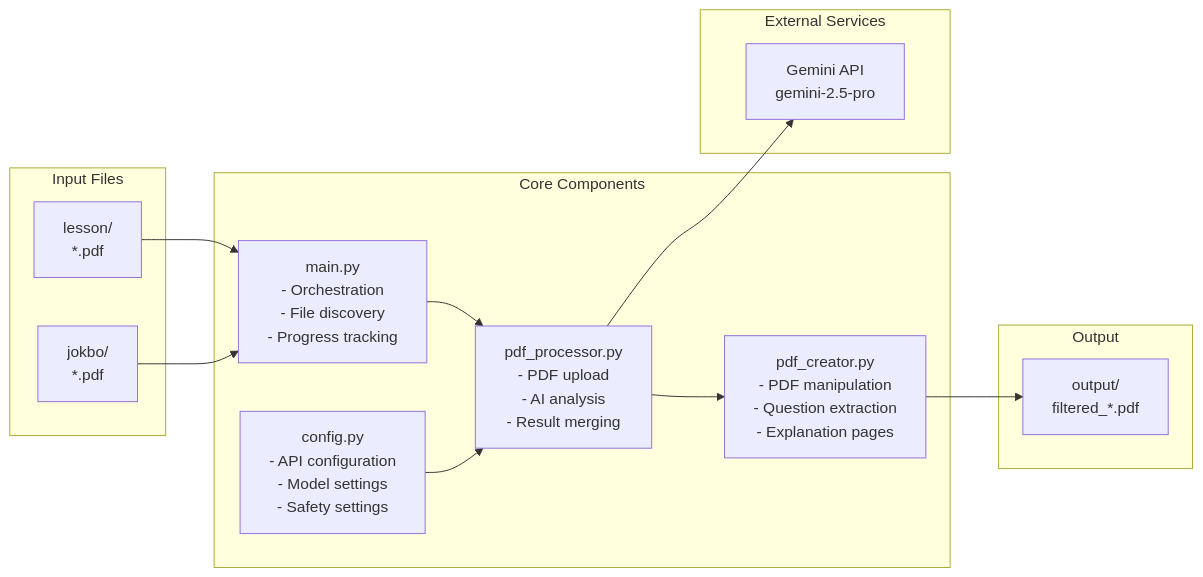
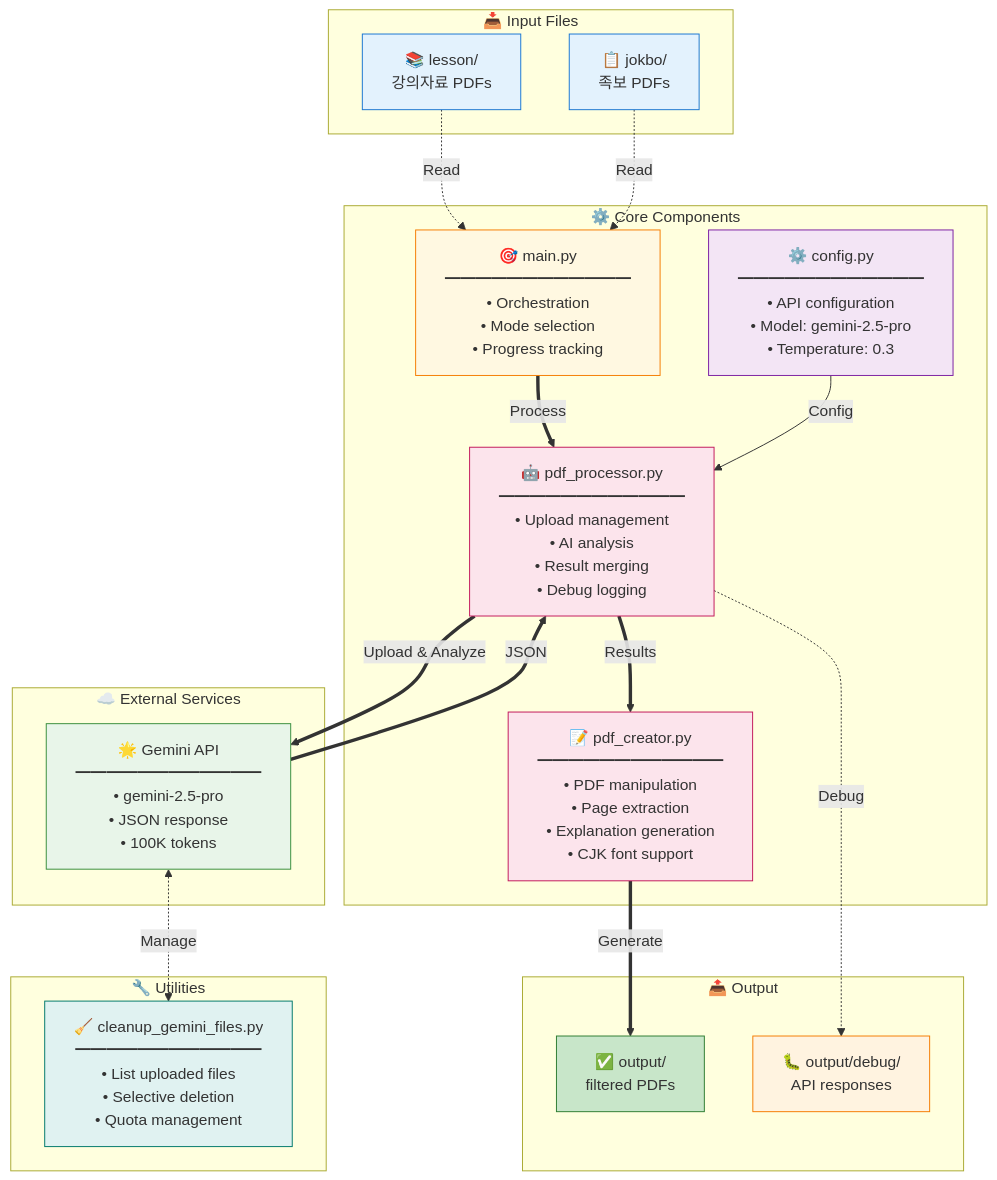
The third of 4 diagrams in architecture.md (ksw6895/jokbodude), drawn with Mermaid before and after one commit. The commit also changed other lines of this file and 7 other files, not shown here.

````diff
--- a/architecture.md
+++ b/architecture.md
@@ -65,30 +112,49 @@
 ```mermaid
-graph LR
-    subgraph Input Files
-        A1[lesson/\n*.pdf]
-        A2[jokbo/\n*.pdf]
+graph TB
+    subgraph "📥 Input Files"
+        A1["📚 lesson/<br/>강의자료 PDFs"]
+        A2["📋 jokbo/<br/>족보 PDFs"]
     end
     
-    subgraph Core Components
-        B1[main.py<br/>- Orchestration<br/>- File discovery<br/>- Progress tracking]
-        B2[config.py<br/>- API configuration<br/>- Model settings<br/>- Safety settings]
-        B3[pdf_processor.py<br/>- PDF upload<br/>- AI analysis<br/>- Result merging]
-        B4[pdf_creator.py<br/>- PDF manipulation<br/>- Question extraction<br/>- Explanation pages]
+    subgraph "⚙️ Core Components"
+        B1["🎯 main.py<br/>━━━━━━━━━━━━<br/>• Orchestration<br/>• Mode selection<br/>• Progress tracking"]
+        B2["⚙️ config.py<br/>━━━━━━━━━━━━<br/>• API configuration<br/>• Model: gemini-2.5-pro<br/>• Temperature: 0.3"]
+        B3["🤖 pdf_processor.py<br/>━━━━━━━━━━━━<br/>• Upload management<br/>• AI analysis<br/>• Result merging<br/>• Debug logging"]
+        B4["📝 pdf_creator.py<br/>━━━━━━━━━━━━<br/>• PDF manipulation<br/>• Page extraction<br/>• Explanation generation<br/>• CJK font support"]
     end
     
-    subgraph External Services
-        C1[Gemini API<br/>gemini-2.5-pro]
+    subgraph "☁️ External Services"
+        C1["🌟 Gemini API<br/>━━━━━━━━━━━━<br/>• gemini-2.5-pro<br/>• JSON response<br/>• 100K tokens"]
     end
     
-    subgraph Output
-        D1[output/\nfiltered_*.pdf]
+    subgraph "📤 Output"
+        D1["✅ output/<br/>filtered PDFs"]
+        D2["🐛 output/debug/<br/>API responses"]
     end
     
-    A1 --> B1
-    A2 --> B1
-    B1 --> B3
-    B2 --> B3
-    B3 --> C1
-    B3 --> B4
-    B4 --> D1
+    subgraph "🔧 Utilities"
+        E1["🧹 cleanup_gemini_files.py<br/>━━━━━━━━━━━━<br/>• List uploaded files<br/>• Selective deletion<br/>• Quota management"]
+    end
+    
+    A1 -.->|Read| B1
+    A2 -.->|Read| B1
+    B1 ==>|Process| B3
+    B2 -->|Config| B3
+    B3 ==>|Upload & Analyze| C1
+    C1 ==>|JSON| B3
+    B3 ==>|Results| B4
+    B3 -.->|Debug| D2
+    B4 ==>|Generate| D1
+    C1 <-.->|Manage| E1
+    
+    style A1 fill:#e3f2fd,stroke:#1976d2
+    style A2 fill:#e3f2fd,stroke:#1976d2
+    style B1 fill:#fff8e1,stroke:#f57c00
+    style B2 fill:#f3e5f5,stroke:#7b1fa2
+    style B3 fill:#fce4ec,stroke:#c2185b
+    style B4 fill:#fce4ec,stroke:#c2185b
+    style C1 fill:#e8f5e9,stroke:#388e3c
+    style D1 fill:#c8e6c9,stroke:#2e7d32
+    style D2 fill:#fff3e0,stroke:#f57c00
+    style E1 fill:#e0f2f1,stroke:#00796b
 ```
````
